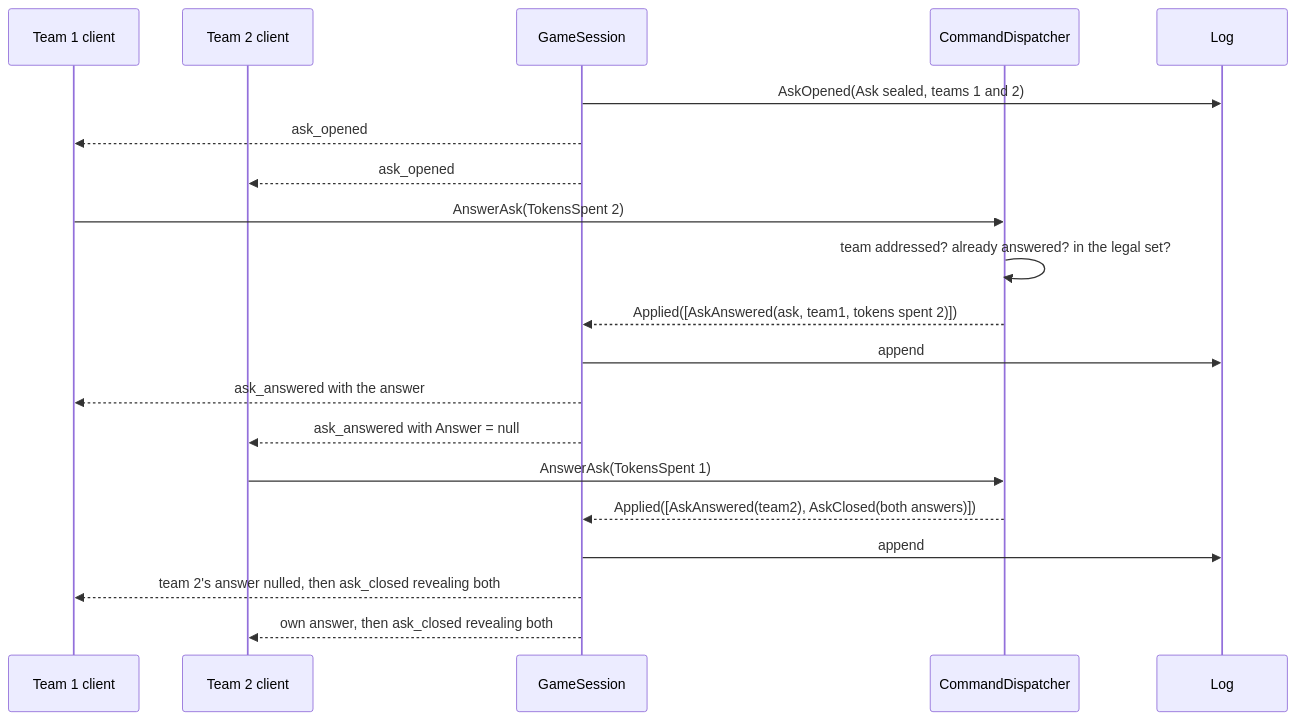
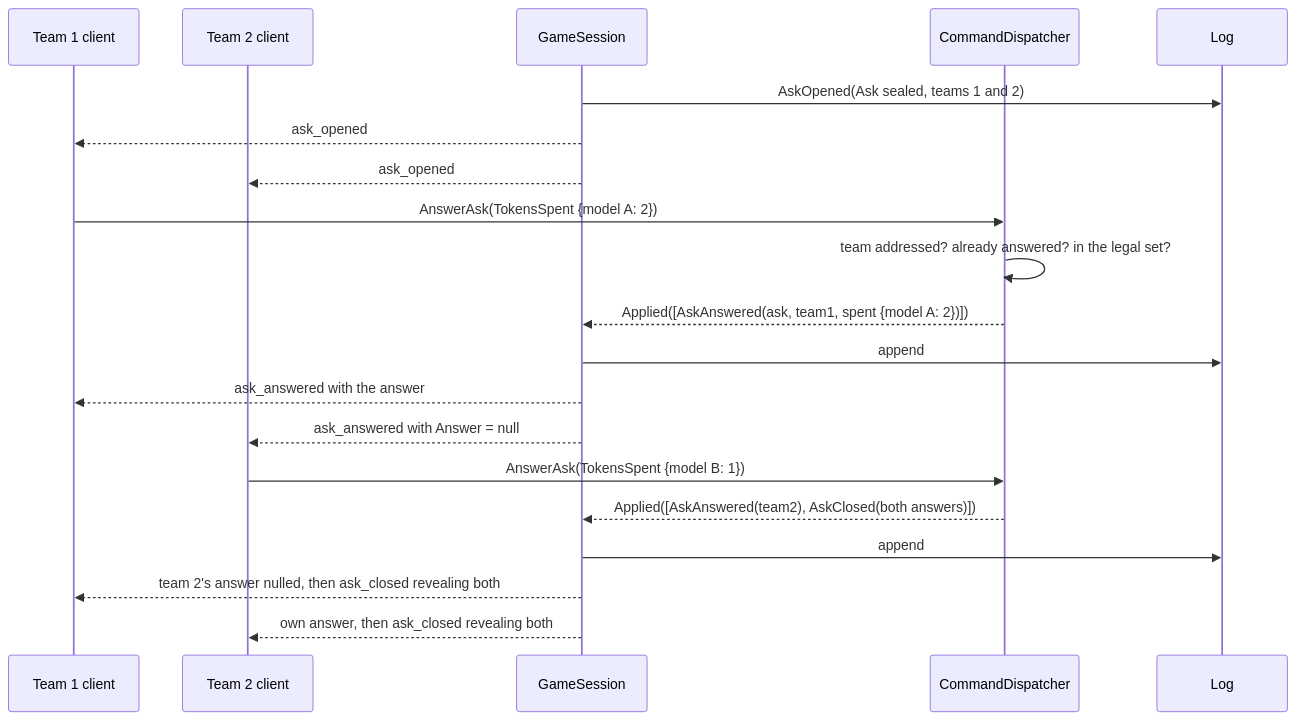
The ninth of 12 diagrams in docs/design/game-server/design.md (cstupi/tabletop), drawn with Mermaid before and after one commit. The commit also changed other lines of this file and 12 other files, not shown here.

````diff
--- a/docs/design/game-server/design.md
+++ b/docs/design/game-server/design.md
@@ -935,23 +939,23 @@
 ```mermaid
 sequenceDiagram
     participant T1 as Team 1 client
     participant T2 as Team 2 client
     participant S as GameSession
     participant D as CommandDispatcher
     participant L as Log
 
     S->>L: AskOpened(Ask sealed, teams 1 and 2)
     S-->>T1: ask_opened
     S-->>T2: ask_opened
-    T1->>D: AnswerAsk(TokensSpent 2)
+    T1->>D: AnswerAsk(TokensSpent {model A: 2})
     D->>D: team addressed? already answered? in the legal set?
-    D-->>S: Applied([AskAnswered(ask, team1, tokens spent 2)])
+    D-->>S: Applied([AskAnswered(ask, team1, spent {model A: 2})])
     S->>L: append
     S-->>T1: ask_answered with the answer
     S-->>T2: ask_answered with Answer = null
-    T2->>D: AnswerAsk(TokensSpent 1)
+    T2->>D: AnswerAsk(TokensSpent {model B: 1})
     D-->>S: Applied([AskAnswered(team2), AskClosed(both answers)])
     S->>L: append
     S-->>T1: team 2's answer nulled, then ask_closed revealing both
     S-->>T2: own answer, then ask_closed revealing both
 ```
````
